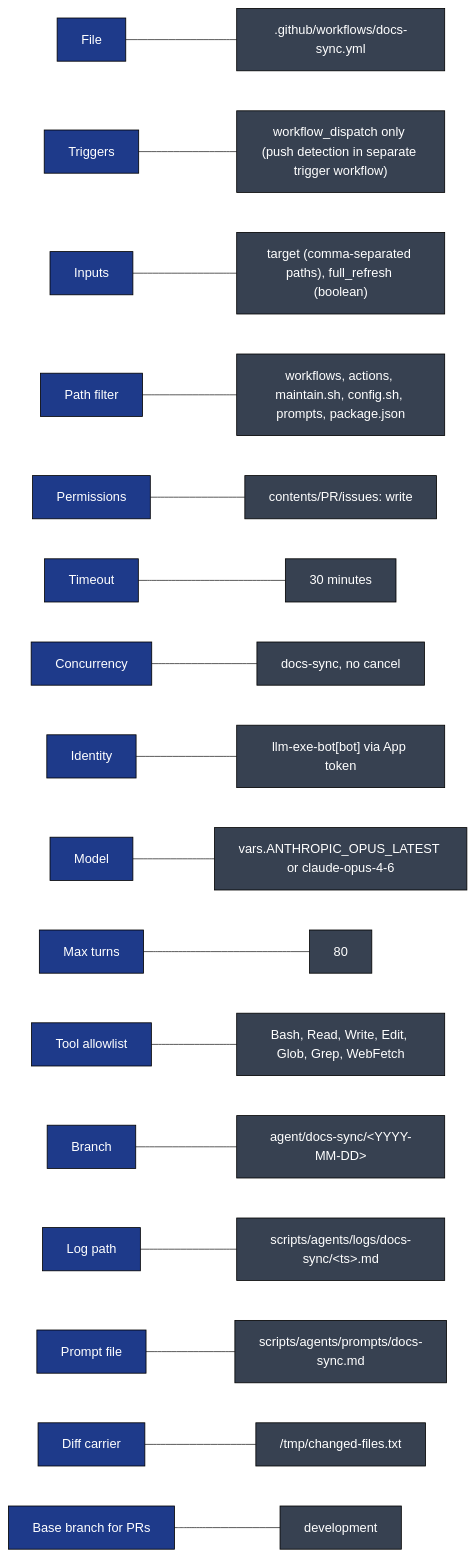
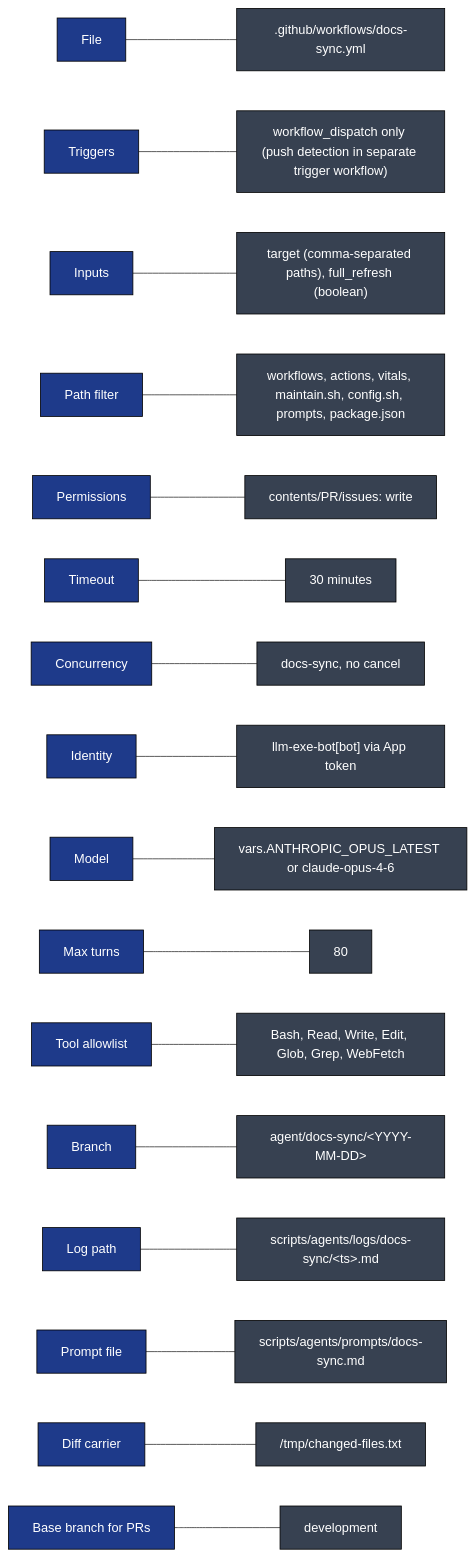
One commit to llm-exe/llm-exe changed diagram 15 of 16 in .github/docs/DOCS_SYNC_DEEP_DIVE.md. Above: the diagram before and after it, drawn with Mermaid. The commit also changed 1 other file, not shown here.

Commit message:
docs: sync DOCS_SYNC_DEEP_DIVE quick reference with docs-sync-trigger path filter
Version-only package.json bump required no deep-dive content sync. Macro
check caught the quick reference card omitting .github/vitals/** from the
trigger path filter; the watched-paths diagram already listed it.

````diff
--- a/.github/docs/DOCS_SYNC_DEEP_DIVE.md
+++ b/.github/docs/DOCS_SYNC_DEEP_DIVE.md
@@ -574,22 +574,22 @@
 ```mermaid
 flowchart LR
     classDef k fill:#1e3a8a,color:#fff,stroke:#000
     classDef v fill:#374151,color:#fff,stroke:#000
 
     K1["File"]:::k --- V1[".github/workflows/docs-sync.yml"]:::v
     K2["Triggers"]:::k --- V2["workflow_dispatch only (push detection in separate trigger workflow)"]:::v
     K3["Inputs"]:::k --- V3["target (comma-separated paths), full_refresh (boolean)"]:::v
-    K4["Path filter"]:::k --- V4["workflows, actions, maintain.sh, config.sh, prompts, package.json"]:::v
+    K4["Path filter"]:::k --- V4["workflows, actions, vitals, maintain.sh, config.sh, prompts, package.json"]:::v
     K5["Permissions"]:::k --- V5["contents/PR/issues: write"]:::v
     K6["Timeout"]:::k --- V6["30 minutes"]:::v
     K7["Concurrency"]:::k --- V7["docs-sync, no cancel"]:::v
     K8["Identity"]:::k --- V8["llm-exe-bot[bot] via App token"]:::v
     K9["Model"]:::k --- V9["vars.ANTHROPIC_OPUS_LATEST or claude-opus-4-6"]:::v
     K10["Max turns"]:::k --- V10["80"]:::v
     K11["Tool allowlist"]:::k --- V11["Bash, Read, Write, Edit, Glob, Grep, WebFetch"]:::v
     K12["Branch"]:::k --- V12["agent/docs-sync/&lt;YYYY-MM-DD&gt;"]:::v
     K13["Log path"]:::k --- V13["scripts/agents/logs/docs-sync/&lt;ts&gt;.md"]:::v
     K14["Prompt file"]:::k --- V14["scripts/agents/prompts/docs-sync.md"]:::v
     K15["Diff carrier"]:::k --- V15["/tmp/changed-files.txt"]:::v
     K16["Base branch for PRs"]:::k --- V16["development"]:::v
 ```
````
